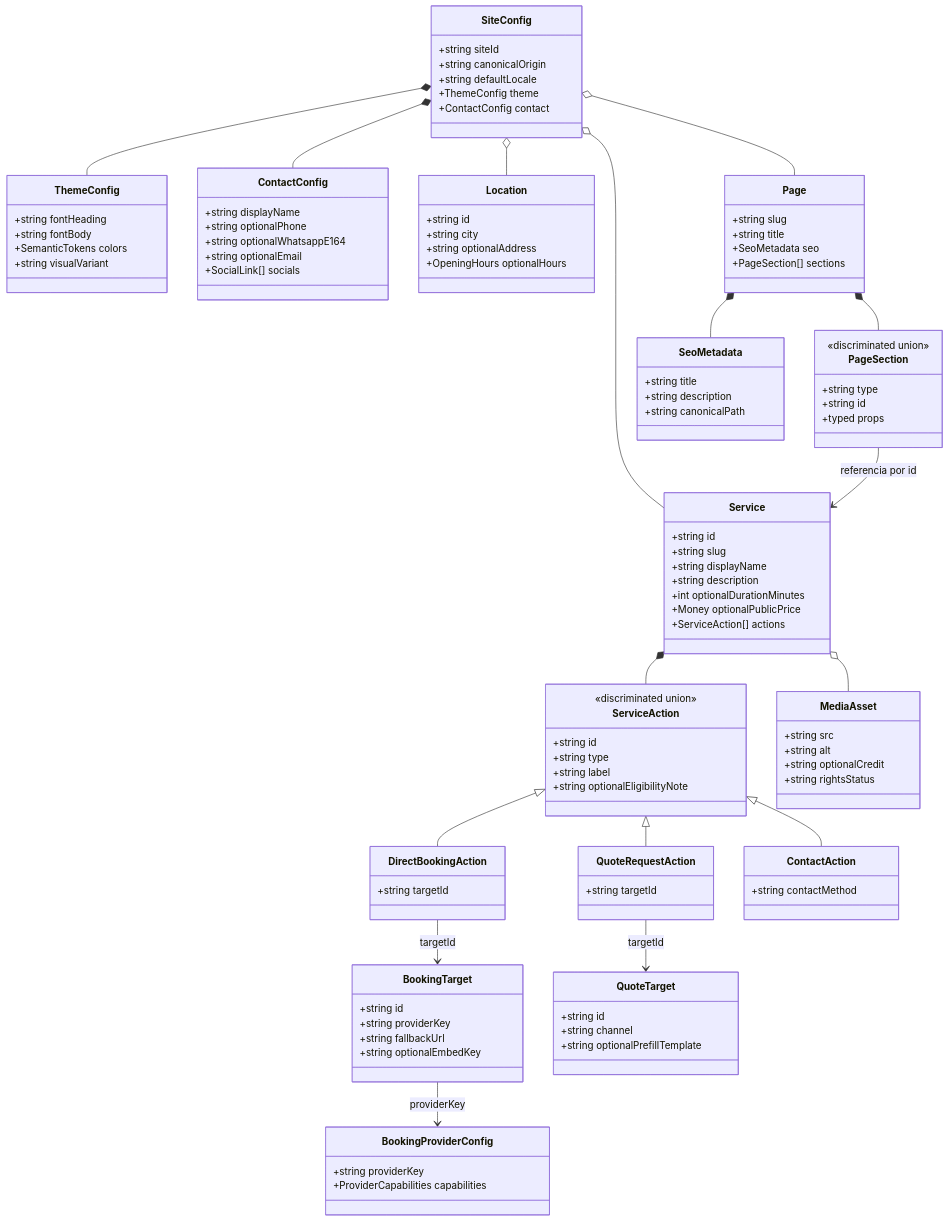
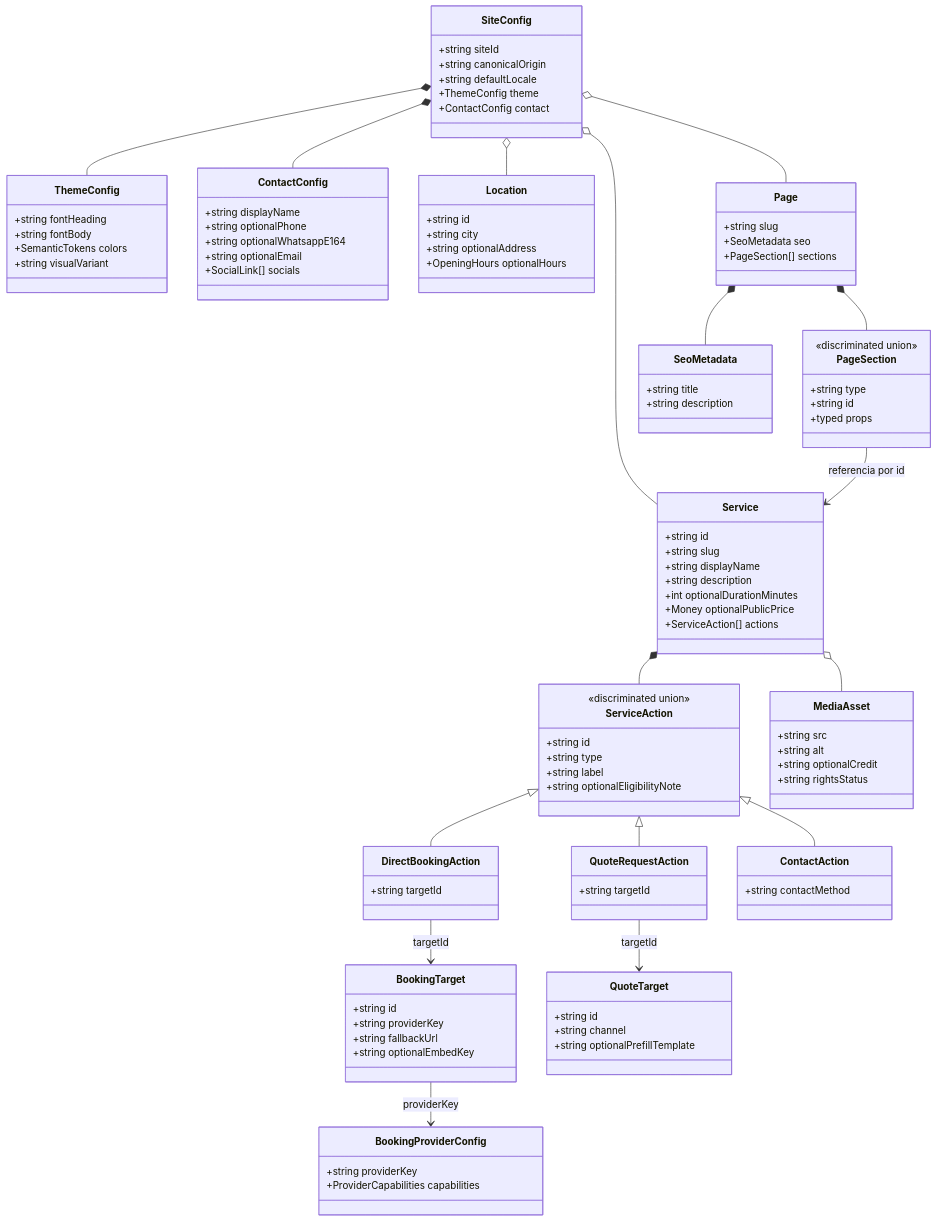
The first of 2 diagrams in docs/03-domain-model.md (Gonzalo-Linares/Littzite), drawn with Mermaid before and after one commit. The commit also changed other lines of this file and 17 other files, not shown here.

```diff
--- a/docs/03-domain-model.md
+++ b/docs/03-domain-model.md
@@ -52,7 +52,6 @@
   }
   class Page {
     +string slug
-    +string title
     +SeoMetadata seo
     +PageSection[] sections
   }
@@ -111,7 +110,6 @@
   class SeoMetadata {
     +string title
     +string description
-    +string canonicalPath
   }
   SiteConfig *-- ThemeConfig
   SiteConfig *-- ContactConfig
```
